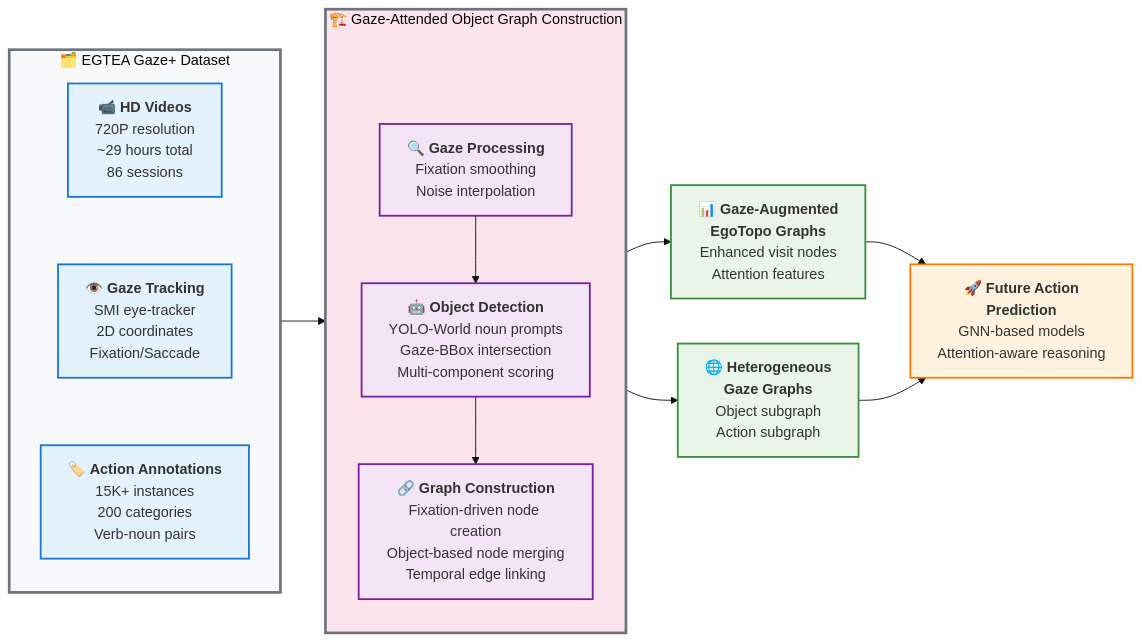
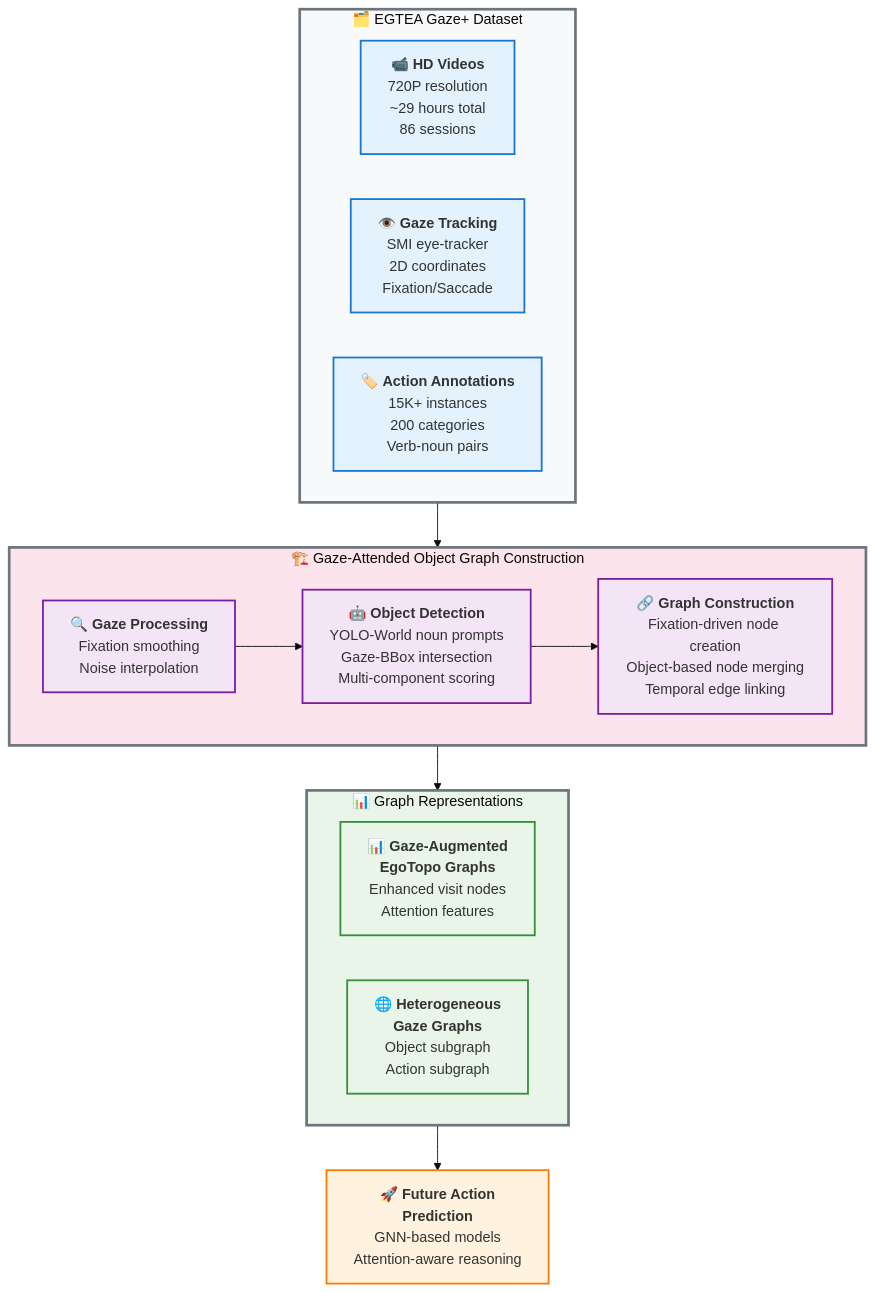
One commit to tavis-siebert/gaze-guided-scene changed the diagram in figures/graph-construction-overview.md. Above: the diagram before and after it, drawn with Mermaid (base theme).

Commit message:
feat(figures): restructure graph overview to top-down layout
- Change flowchart from LR to TD orientation
- Group dataset components horizontally at top
- Organize processing pipeline in middle tier
- Place output representations before downstream tasks
- Maintain clear vertical flow between levels

````diff
--- a/figures/graph-construction-overview.md
+++ b/figures/graph-construction-overview.md
@@ -5,8 +5,7 @@
 ```mermaid
-flowchart LR
-    %% Dataset Container
+flowchart TD
+    %% Dataset Container - Top level with horizontal alignment
     subgraph Dataset["🗂️ EGTEA Gaze+ Dataset"]
-        direction TB
         A["`📹 **HD Videos**
         720P resolution
         ~29 hours total
@@ -21,17 +20,11 @@
         15K+ instances
         200 categories
         Verb-noun pairs`"]
-        
-        %% hide the edges while preserving the layout
-        A ~~~ B
-        B ~~~ C
     end
     
-    %% Core Processing Pipeline
+    %% Core Processing Pipeline - Second level
     subgraph Pipeline["🏗️ Gaze-Attended Object Graph Construction"]
-        direction TB
-        dummy(( )):::spacer
-
+        direction LR
         D["`🔍 **Gaze Processing**
         Fixation smoothing
         Noise interpolation`"]
@@ -46,36 +39,39 @@
         Object-based node merging
         Temporal edge linking`"]
         
-        dummy ~~~ D
         D --> E
         E --> F
     end
     
-    Dataset --> Pipeline
+    %% Output Representations - Third level
+    subgraph Outputs["📊 Graph Representations"]
+        direction LR
+        G["`📊 **Gaze-Augmented
+        EgoTopo Graphs**
+        Enhanced visit nodes
+        Attention features`"]
+        
+        H["`🌐 **Heterogeneous
+        Gaze Graphs**
+        Object subgraph
+        Action subgraph`"]
+    end
     
-    %% Output Representations
-    Pipeline --> G["`📊 **Gaze-Augmented
-    EgoTopo Graphs**
-    Enhanced visit nodes
-    Attention features`"]
-    
-    Pipeline --> H["`🌐 **Heterogeneous
-    Gaze Graphs**
-    Object subgraph
-    Action subgraph`"]
-    
-    %% Downstream Tasks
-    G --> I["`🚀 **Future Action
+    %% Downstream Tasks - Fourth level
+    I["`🚀 **Future Action
     Prediction**
     GNN-based models
     Attention-aware reasoning`"]
     
-    H --> I
+    %% Vertical flow connections
+    Dataset --> Pipeline
+    Pipeline --> Outputs
+    Outputs --> I
     
     %% Styling for academic presentation
-    classDef spacer fill:transparent,stroke:transparent,stroke-width:0px
     classDef dataset fill:#f8f9fa,stroke:#6c757d,stroke-width:3px
     classDef pipeline fill:#fce4ec,stroke:#6c757d,stroke-width:3px
+    classDef outputs fill:#e8f5e8,stroke:#6c757d,stroke-width:3px
     classDef input fill:#e3f2fd,stroke:#1976d2,stroke-width:2px
     classDef processing fill:#f3e5f5,stroke:#7b1fa2,stroke-width:2px
     classDef output fill:#e8f5e8,stroke:#388e3c,stroke-width:2px
@@ -83,6 +79,7 @@
     
     class Dataset dataset
     class Pipeline pipeline
+    class Outputs outputs
     class A,B,C input
     class D,E,F processing
     class G,H output
````
